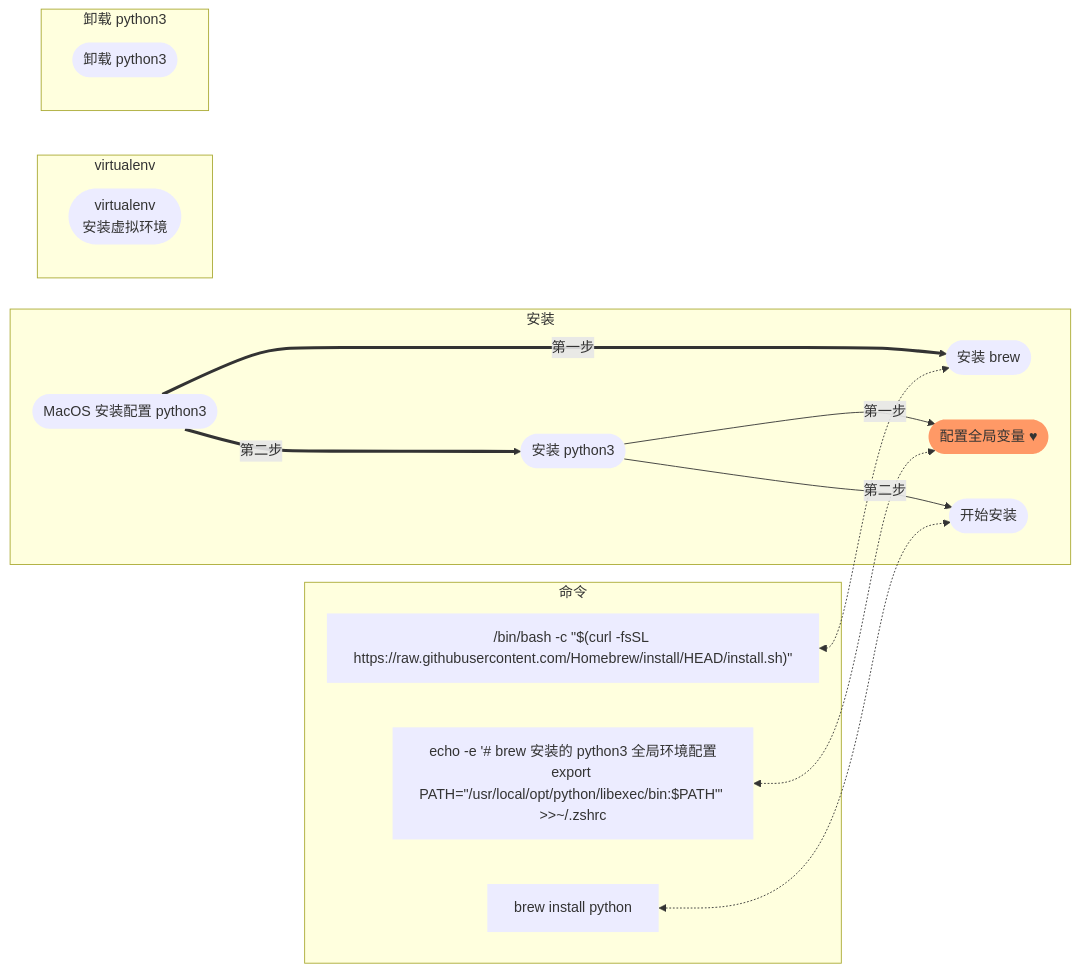
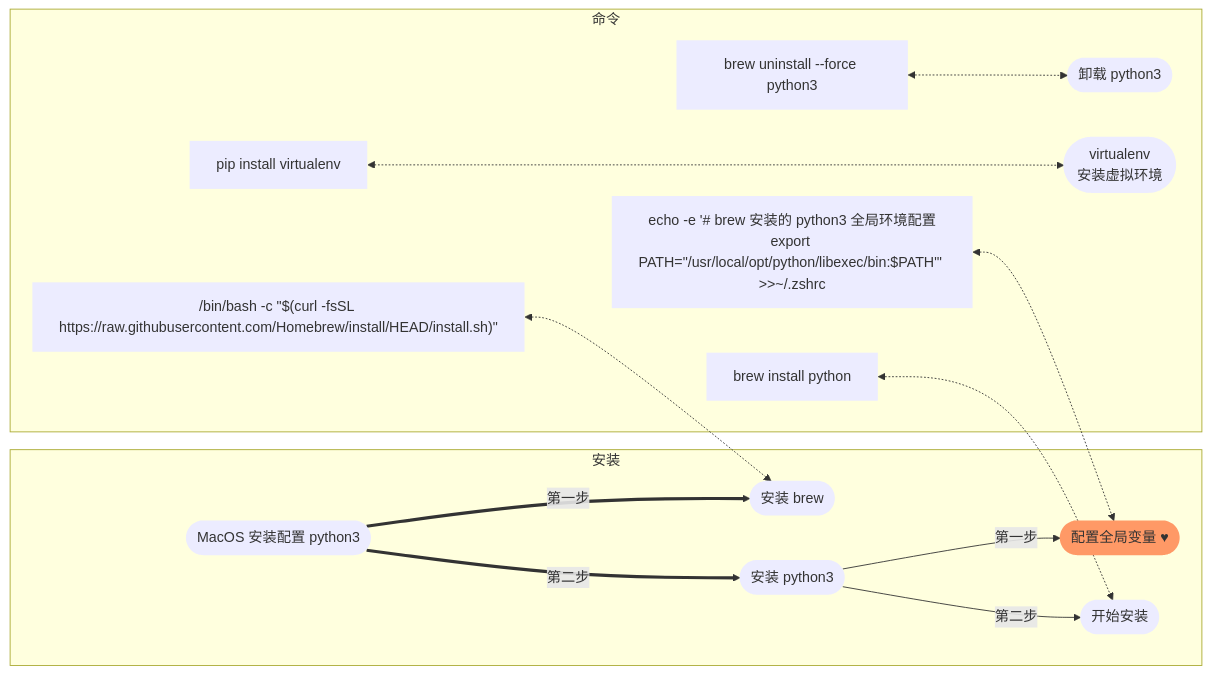
One commit to yangtudou/yangtudou changed the diagram in MacOS安装配置python3.md. Above: the diagram before and after it, drawn with Mermaid.

````diff
--- a/MacOS安装配置python3.md
+++ b/MacOS安装配置python3.md
@@ -11,28 +11,28 @@
 ```mermaid
 flowchart LR
     %% 定义全局的样式
-    classDef default stroke-width:0px;
-    classDef important fill:#f96;
+    classDef default stroke-width:0px
+    classDef important fill:#f96
     %% 结束
     A([MacOS 安装配置 python3])
     subgraph 安装
     A == 第一步 ==> B([安装 brew])
     A == 第二步 ==> C([安装 python3])
     C -- 第一步-->C1(["配置全局变量 #9829;"]):::important
     C -- 第二步 -->C2([开始安装])
     end
     subgraph 命令
-    B1["/bin/bash -c #quot;$(curl -fsSL https://raw.githubusercontent.com/Homebrew/install/HEAD/install.sh)#quot;"]
-    D1["echo -e #apos;#35; brew 安装的 python3 全局环境配置\nexport PATH=#quot;/usr/local/opt/python/libexec/bin:$PATH#quot;#apos; >>~/.zshrc"]
-    D2[brew install python]
-    B1 <-.-> B
-    D1 <-.-> C1
-    D2 <-.-> C2
+    M1["/bin/bash -c #quot;$(curl -fsSL https://raw.githubusercontent.com/Homebrew/install/HEAD/install.sh)#quot;"]
+    M2["echo -e #apos;#35; brew 安装的 python3 全局环境配置\nexport PATH=#quot;/usr/local/opt/python/libexec/bin:$PATH#quot;#apos; >>~/.zshrc"]
+    M3[brew install python]
+    M4[brew uninstall --force python3]
+    M5[pip install virtualenv]
+    M1 <-.-> B
+    M2 <-.-> C1
+    M3 <-.-> C2
+    M4 <-.-> E
+    M5 <-..-> D
     end
-    subgraph virtualenv
     D(["virtualenv\n安装虚拟环境"])
-    end
-    subgraph 卸载 python3
     E([卸载 python3])
-    end
 ```
````
